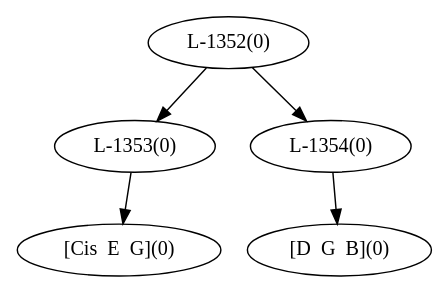
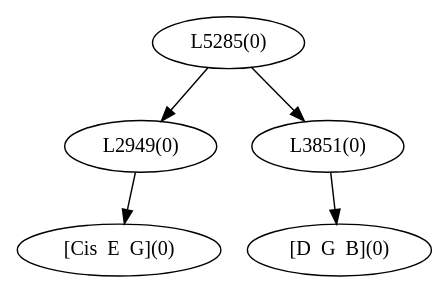
Before and after one commit to dousu/MAILM: the diagram in Result/dot/generation1_utter7.dot, drawn with Graphviz. The commit also changed 110 other files, not shown here.

```diff
--- a/Result/dot/generation1_utter7.dot
+++ b/Result/dot/generation1_utter7.dot
@@ -1,9 +1,9 @@
 digraph sample{
-"L-1353(0)"->"[Cis  E  G](0)"
-"L-1354(0)"->"[D  G  B](0)"
-"L-1352(0)"->"L-1353(0)"
-"L-1352(0)"->"L-1354(0)"
-{rank = min; "L-1352(0)"}
-{rank = same; "L-1353(0)"; "L-1354(0)";}
+"L2949(0)"->"[Cis  E  G](0)"
+"L3851(0)"->"[D  G  B](0)"
+"L5285(0)"->"L2949(0)"
+"L5285(0)"->"L3851(0)"
+{rank = min; "L5285(0)"}
+{rank = same; "L2949(0)"; "L3851(0)";}
 {rank = max; "[Cis  E  G](0)"; "[D  G  B](0)";}
 }
```
